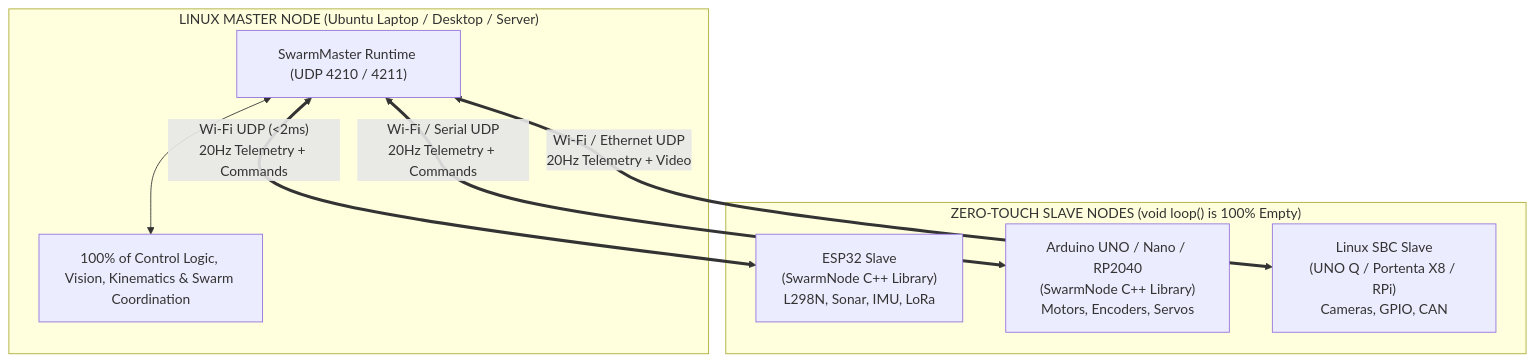
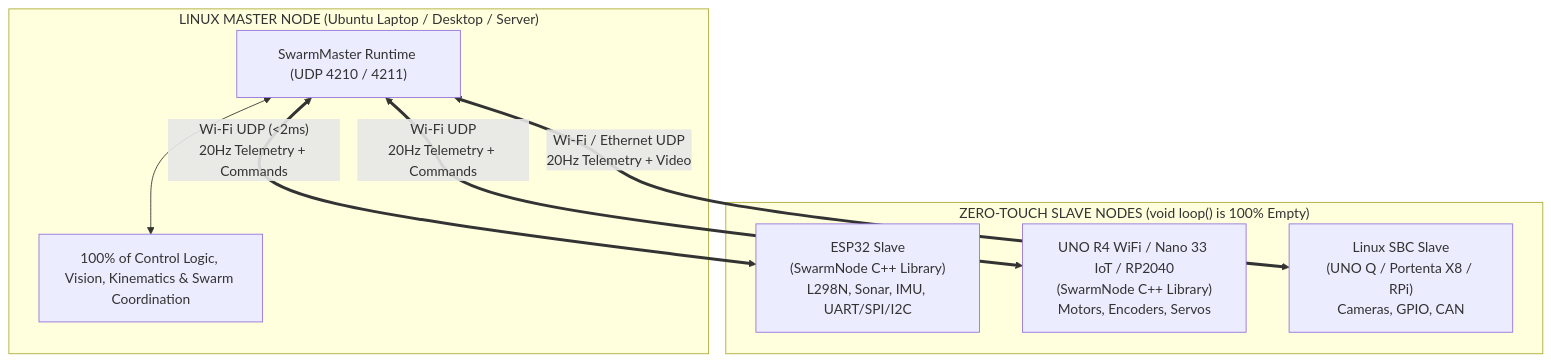
One commit to raihhann/OpenSwarm changed the diagram in README.md. Above: the diagram before and after it, drawn with Mermaid. The commit also changed other lines of this file and 22 other files, not shown here.

````diff
--- a/README.md
+++ b/README.md
@@ -53,18 +67,18 @@
 ```mermaid
 flowchart TB
     subgraph Master["LINUX MASTER NODE (Ubuntu Laptop / Desktop / Server)"]
         M1["SwarmMaster Runtime (UDP 4210 / 4211)"]
         M2["100% of Control Logic, Vision, Kinematics & Swarm Coordination"]
         M1 <--> M2
     end
 
     subgraph Slaves["ZERO-TOUCH SLAVE NODES (void loop() is 100% Empty)"]
-        S1["ESP32 Slave\n(SwarmNode C++ Library)\nL298N, Sonar, IMU, LoRa"]
-        S2["Arduino UNO / Nano / RP2040\n(SwarmNode C++ Library)\nMotors, Encoders, Servos"]
+        S1["ESP32 Slave\n(SwarmNode C++ Library)\nL298N, Sonar, IMU, UART/SPI/I2C"]
+        S2["UNO R4 WiFi / Nano 33 IoT / RP2040\n(SwarmNode C++ Library)\nMotors, Encoders, Servos"]
         S3["Linux SBC Slave\n(UNO Q / Portenta X8 / RPi)\nCameras, GPIO, CAN"]
     end
 
     M1 <==>|"Wi-Fi UDP (<2ms)\n20Hz Telemetry + Commands"| S1
-    M1 <==>|"Wi-Fi / Serial UDP\n20Hz Telemetry + Commands"| S2
+    M1 <==>|"Wi-Fi UDP\n20Hz Telemetry + Commands"| S2
     M1 <==>|"Wi-Fi / Ethernet UDP\n20Hz Telemetry + Video"| S3
 ```
````
